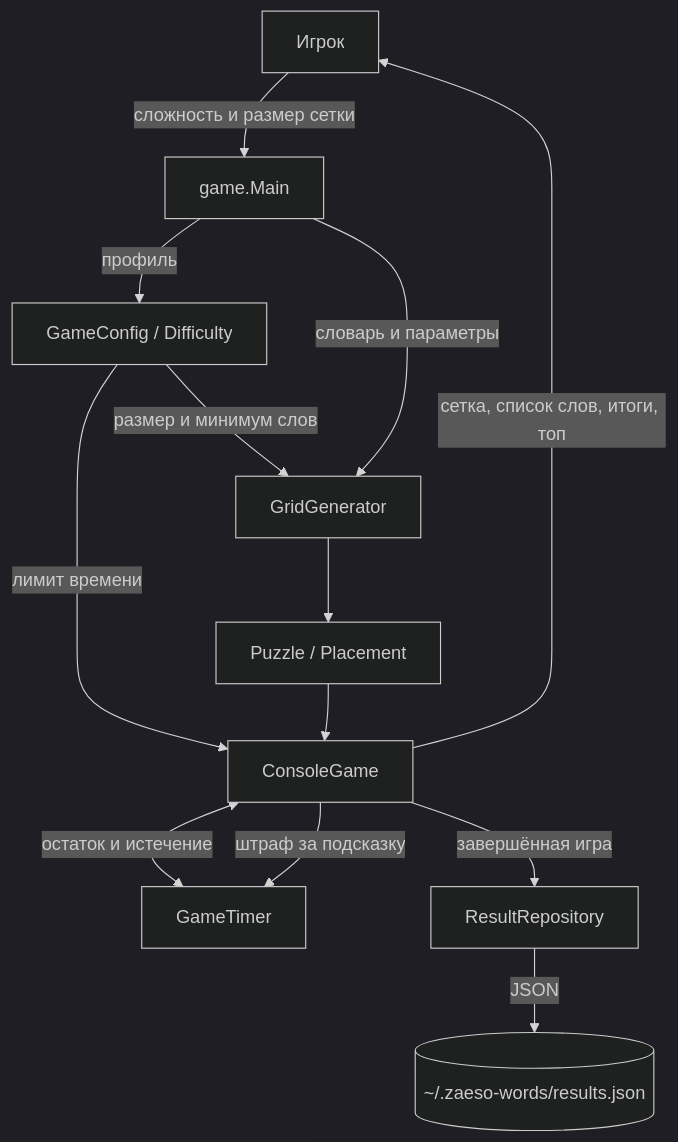
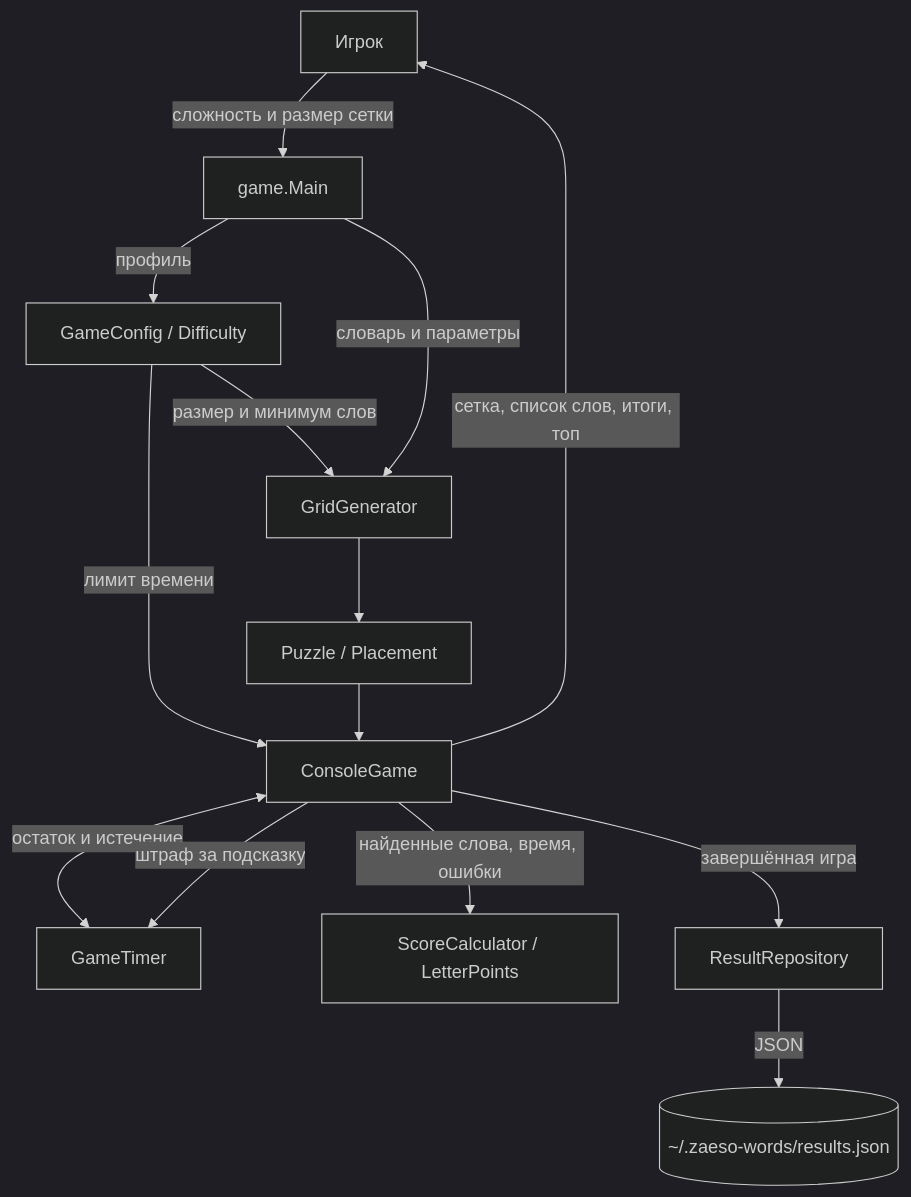
Before and after one commit to zaeso/zaeso-Words: the first of 4 diagrams in zaeso-Words-Roadmap.md, drawn with Mermaid (dark theme). The commit also changed other lines of this file and 11 other files, not shown here.

````diff
--- a/zaeso-Words-Roadmap.md
+++ b/zaeso-Words-Roadmap.md
@@ -113,15 +117,16 @@
 ```mermaid
 flowchart TB
     U["Игрок"] -->|"сложность и размер сетки"| M["game.Main"]
     M -->|"профиль"| CFG["GameConfig / Difficulty"]
     CFG -->|"размер и минимум слов"| G["GridGenerator"]
     CFG -->|"лимит времени"| C["ConsoleGame"]
     M -->|"словарь и параметры"| G
     G --> P["Puzzle / Placement"]
     P --> C
     C <-->|"остаток и истечение"| T["GameTimer"]
     C -->|"штраф за подсказку"| T
+    C -->|"найденные слова, время, ошибки"| SC["ScoreCalculator / LetterPoints"]
     C -->|"завершённая игра"| R["ResultRepository"]
     R -->|"JSON"| S[("~/.zaeso-words/results.json")]
     C -->|"сетка, список слов, итоги, топ"| U
 ```
````
